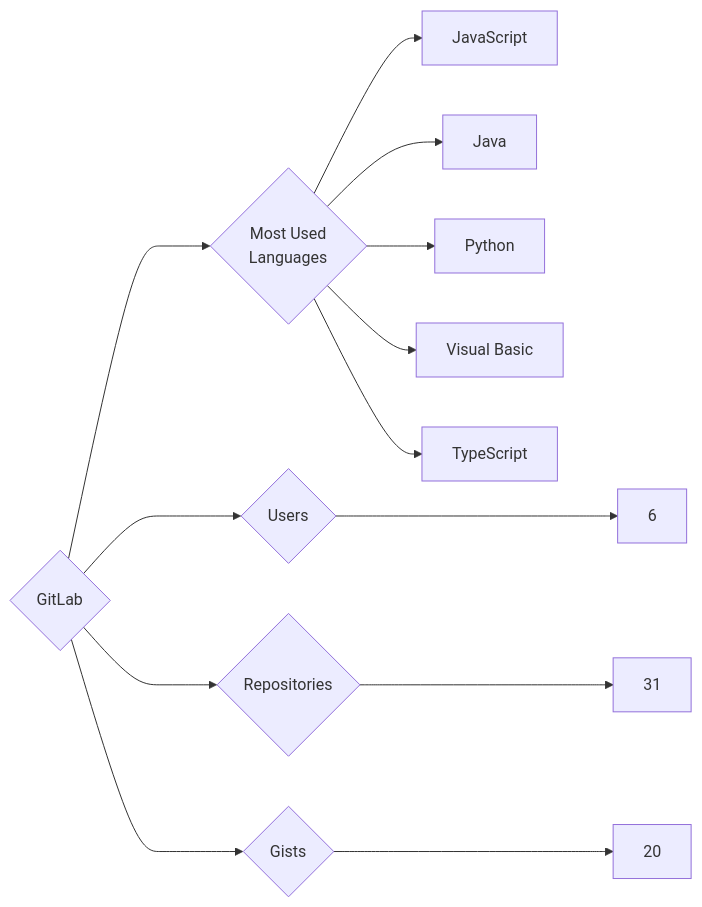
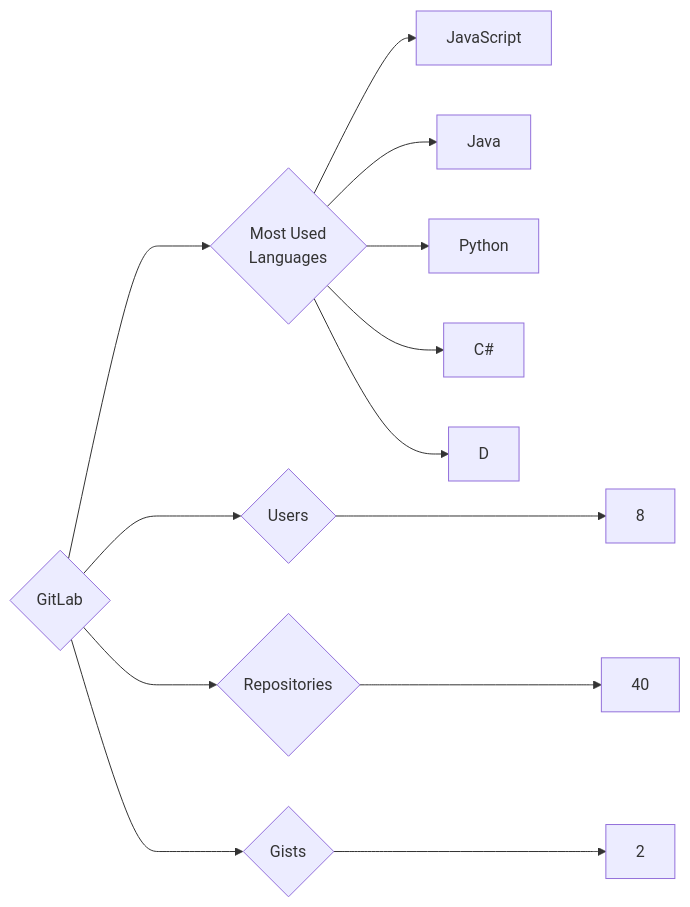
One commit to trickest/insiders changed the diagram in targets/GitLab/README.md. Above: the diagram before and after it, drawn with Mermaid. The commit also changed 1030 other files, not shown here.

````diff
--- a/targets/GitLab/README.md
+++ b/targets/GitLab/README.md
@@ -3,13 +3,13 @@
 ```mermaid
 graph LR
 COMPANY_NAME{GitLab}
-COMPANY_NAME ---> U{Users} ---> UN[6]
-COMPANY_NAME ---> R{Repositories} ---> RN[31]
-COMPANY_NAME ---> G{Gists} ---> GN[20]
+COMPANY_NAME ---> U{Users} ---> UN[8]
+COMPANY_NAME ---> R{Repositories} ---> RN[40]
+COMPANY_NAME ---> G{Gists} ---> GN[2]
 COMPANY_NAME ---> ML{Most Used<br>Languages}
 ML --> JavaScript[JavaScript]
 ML --> Java[Java]
 ML --> Python[Python]
-ML --> Visual_Basic[Visual Basic]
-ML --> TypeScript[TypeScript]
+ML --> C#[C#]
+ML --> D[D]
 ```
````
